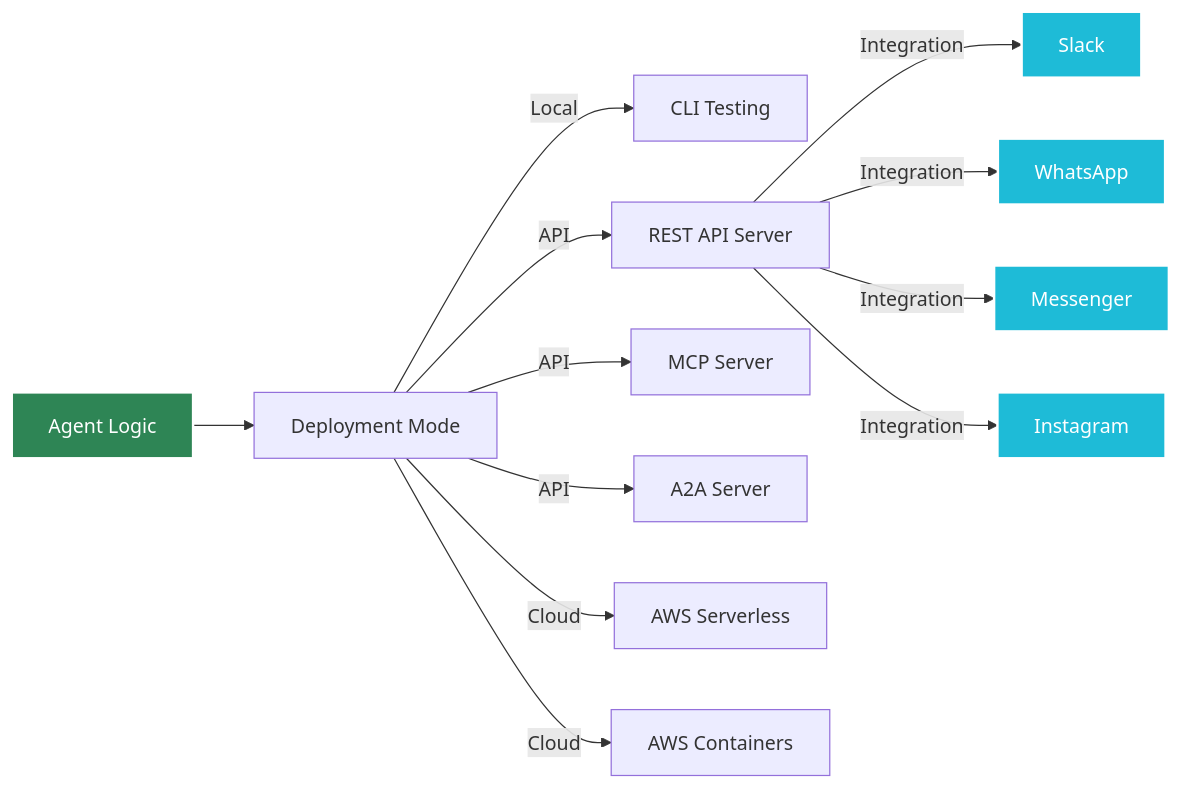
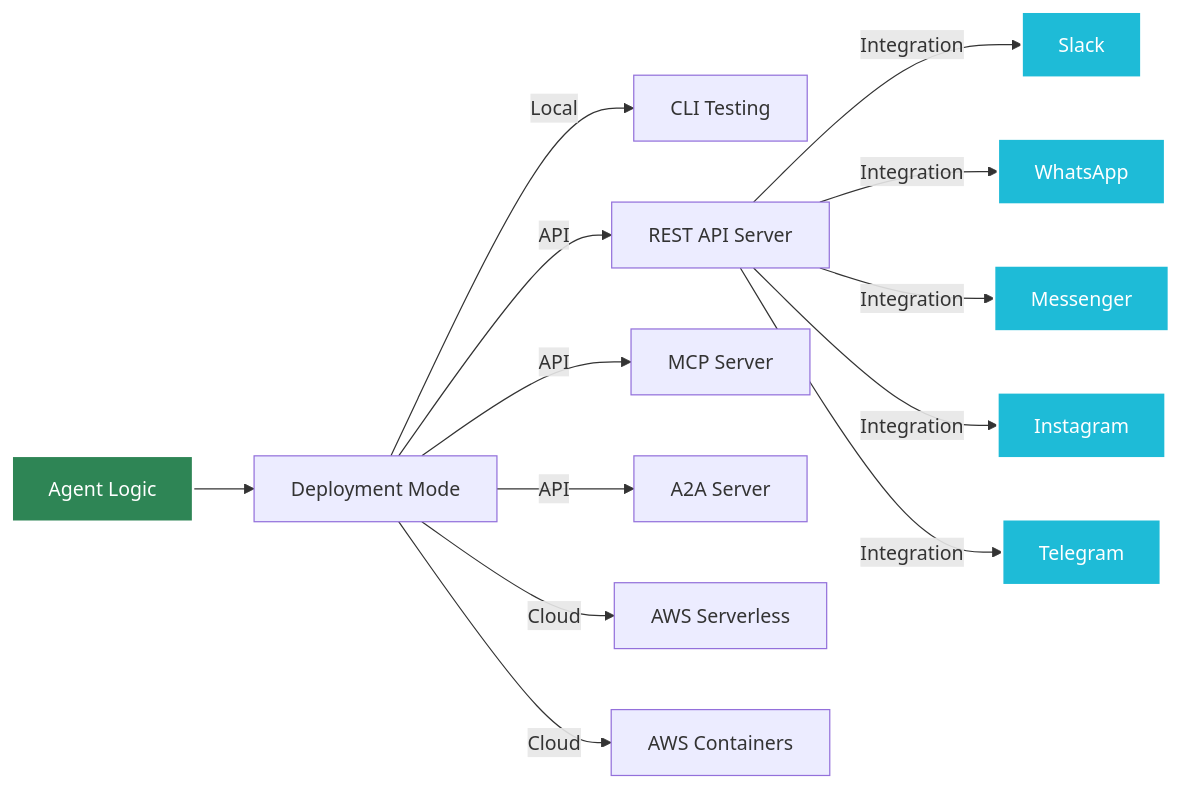
Before and after one commit to yaalalabs/agent-kernel: the second of 2 diagrams in docs/docs/intro.md, drawn with Mermaid. The commit also changed 2 other files, not shown here.

Commit message:
Add insta and telegram to documentation

````diff
--- a/docs/docs/intro.md
+++ b/docs/docs/intro.md
@@ -112,19 +112,20 @@
 ```mermaid
 ---
 config:
   layout: dagre
   elk: true
 ---
 flowchart LR
     A["Agent Logic"] --> B["Deployment Mode"]
     B -- Local --> C["CLI Testing"]
     B -- API --> D["REST API Server"] & G["MCP Server"] & H["A2A Server"]
     B -- Cloud --> E["AWS Serverless"] & F["AWS Containers"]
-    D -- Integration --> I["Slack"] & J["WhatsApp"] & K["Messenger"] & M["Instagram"]
+    D -- Integration --> I["Slack"] & J["WhatsApp"] & K["Messenger"] & M["Instagram"] & N["Telegram"]
 
     style A fill:#2e8555,stroke:#fff,stroke-width:2px,color:#fff
     style I fill:#1ebbd7,stroke:#fff,stroke-width:2px,color:#fff
     style J fill:#1ebbd7,stroke:#fff,stroke-width:2px,color:#fff
     style K fill:#1ebbd7,stroke:#fff,stroke-width:2px,color:#fff
     style M fill:#1ebbd7,stroke:#fff,stroke-width:2px,color:#fff
+    style N fill:#1ebbd7,stroke:#fff,stroke-width:2px,color:#fff
 ```
````
